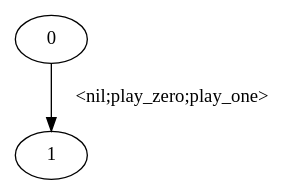
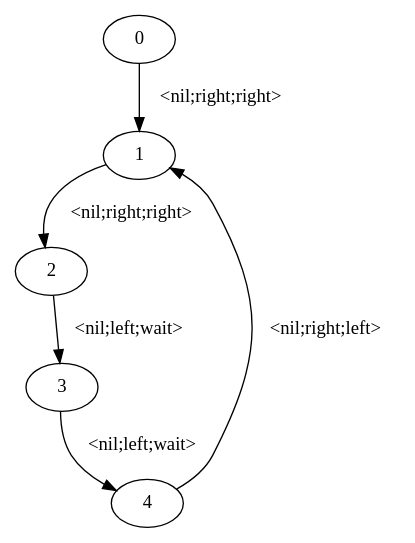
The diagram in formula1.dot (gersonfoks/logics_for_safe_ai), drawn with Graphviz before and after one commit. The commit also changed 10 other files, not shown here.

```diff
--- a/formula1.dot
+++ b/formula1.dot
@@ -1,5 +1,12 @@
 digraph witness0 {
  0 [label="0",shape=ellipse]
  1 [label="1",shape=ellipse]
-    0 -> 1[label="<nil;play_zero;play_one>"]
+ 2 [label="2",shape=ellipse]
+ 3 [label="3",shape=ellipse]
+ 4 [label="4",shape=ellipse]
+    0 -> 1[label="<nil;right;right>"]
+    1 -> 2[label="<nil;right;right>"]
+    2 -> 3[label="<nil;left;wait>"]
+    3 -> 4[label="<nil;left;wait>"]
+    4 -> 1[label="<nil;right;left>"]
 }
```
